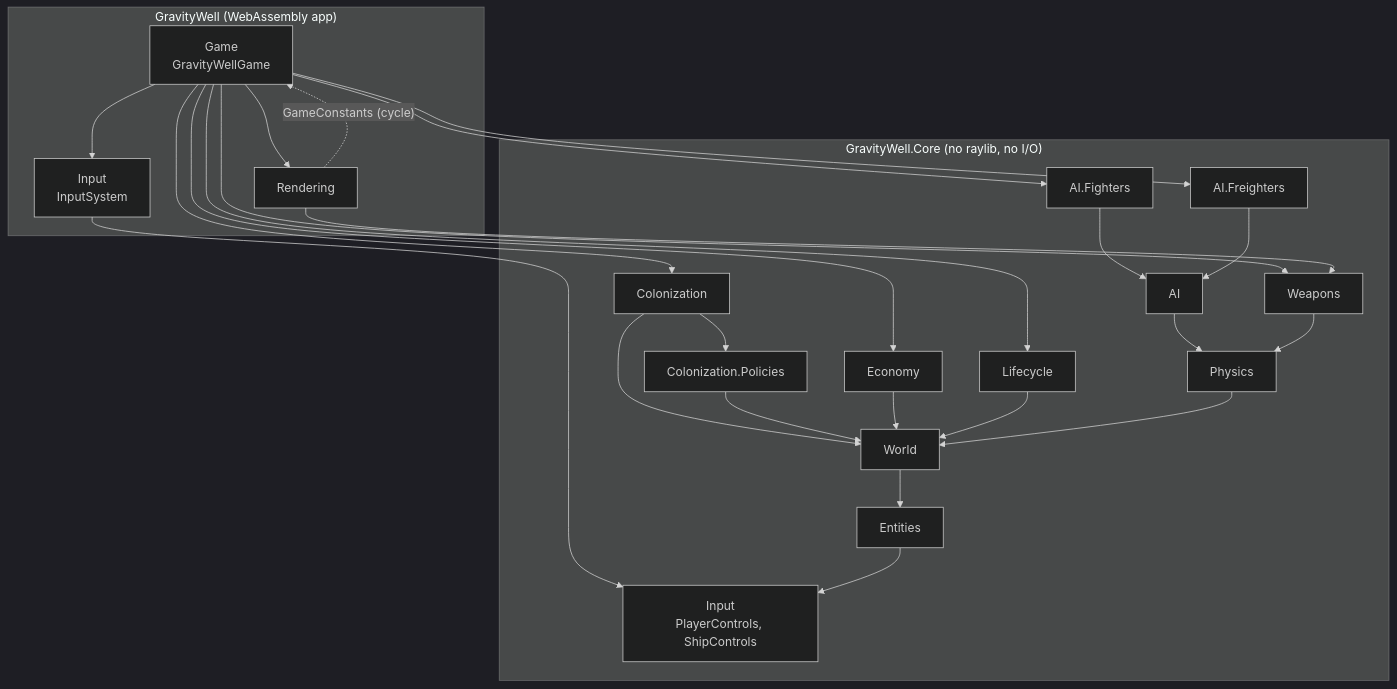
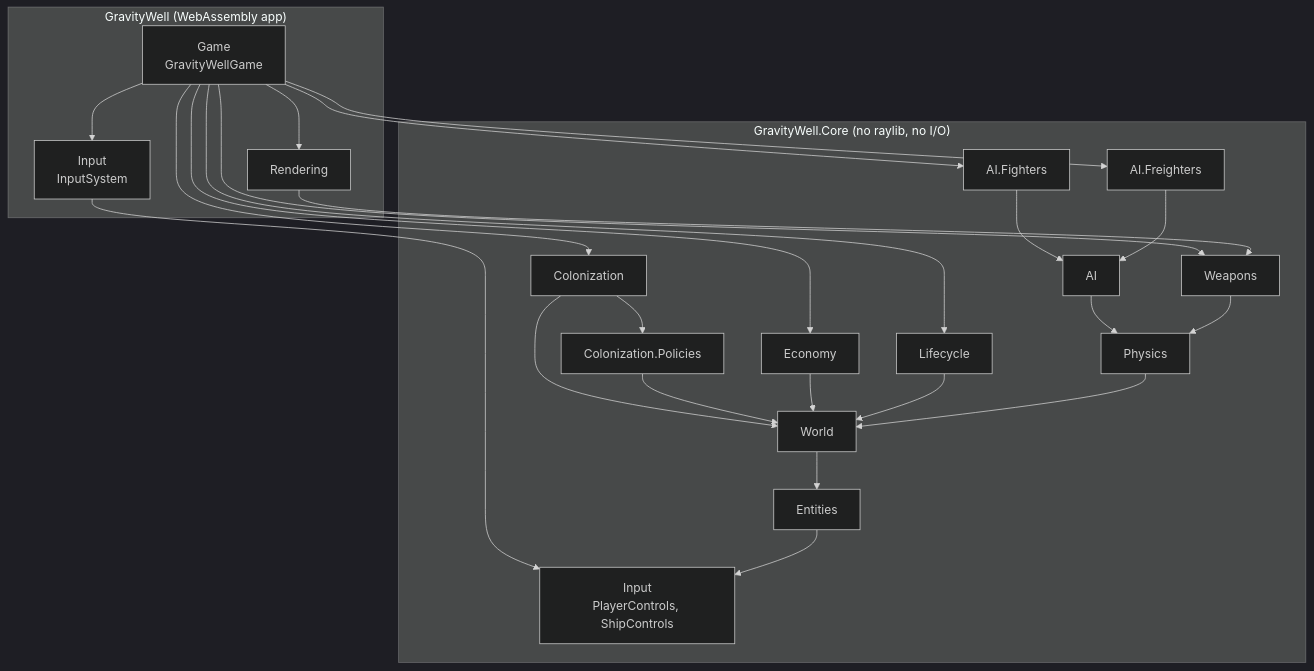
Before and after one commit to lin-stephen/gravity-well-clone: the first of 3 diagrams in docs/design/system-dependencies.md, drawn with Mermaid (dark theme). The commit also changed other lines of this file and 6 other files, not shown here.

Commit message:
Move GameConstants into Rendering to remove the Game/Rendering cycle

````diff
--- a/docs/design/system-dependencies.md
+++ b/docs/design/system-dependencies.md
@@ -14,48 +14,47 @@
 ```mermaid
 flowchart TB
     subgraph app["GravityWell (WebAssembly app)"]
         Game["Game<br/>GravityWellGame"]
         Rendering["Rendering"]
         AppInput["Input<br/>InputSystem"]
     end
 
     subgraph core["GravityWell.Core (no raylib, no I/O)"]
         AIF["AI.Fighters"]
         AIR["AI.Freighters"]
         AI["AI"]
         Weapons["Weapons"]
         Colonization["Colonization"]
         Policies["Colonization.Policies"]
         Economy["Economy"]
         Lifecycle["Lifecycle"]
         Physics["Physics"]
         World["World"]
         Entities["Entities"]
         CoreInput["Input<br/>PlayerControls, ShipControls"]
     end
 
     Game --> AIF
     Game --> AIR
     Game --> Weapons
     Game --> Colonization
     Game --> Economy
     Game --> Lifecycle
     Game --> Rendering
     Game --> AppInput
-    Rendering -. "GameConstants (cycle)" .-> Game
     Rendering --> Weapons
     AppInput --> CoreInput
 
     AIF --> AI
     AIR --> AI
     AI --> Physics
     Weapons --> Physics
     Colonization --> Policies
     Colonization --> World
     Policies --> World
     Economy --> World
     Lifecycle --> World
     Physics --> World
     World --> Entities
     Entities --> CoreInput
 ```
````
